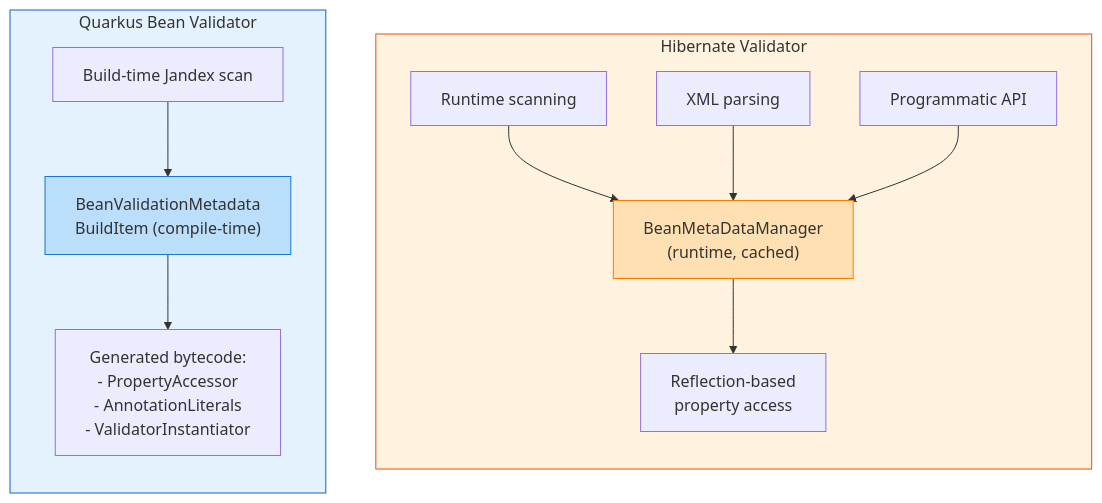
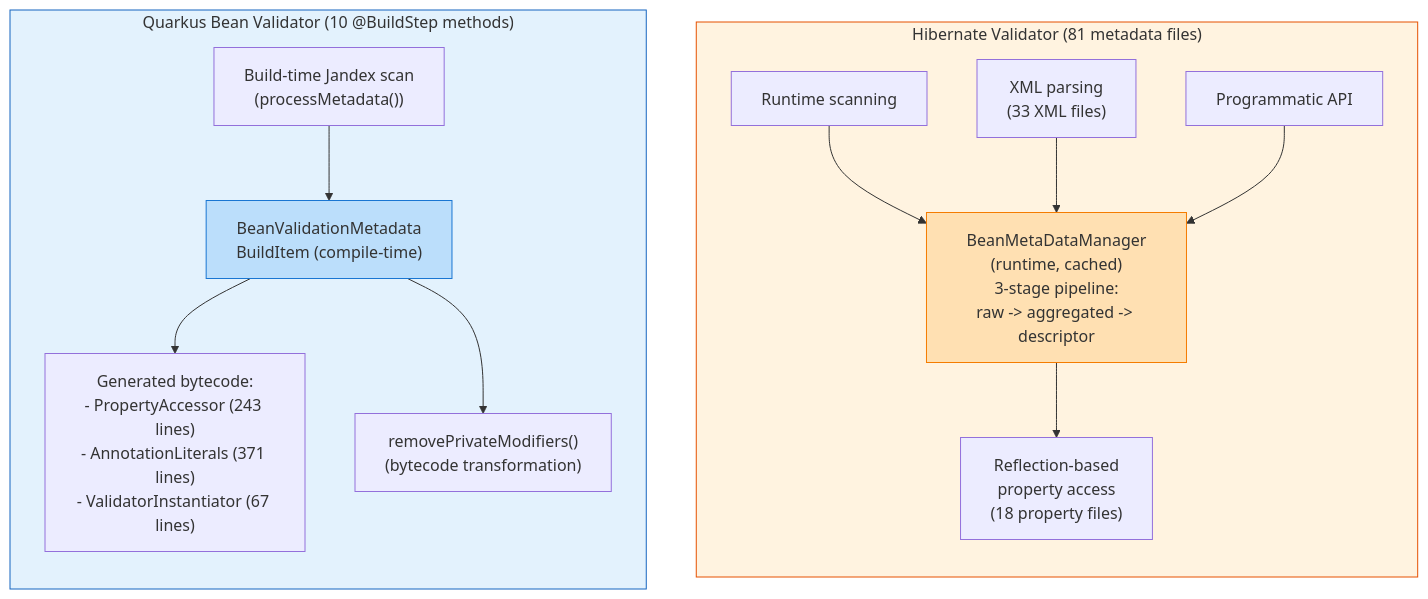
Before and after one commit to jakartaredhat/quarkus-bv: the first of 3 diagrams in extensions/bean-validator/docs/comparison.md, drawn with Mermaid. The commit also changed other lines of this file and 4 other files, not shown here.

````diff
--- a/extensions/bean-validator/docs/comparison.md
+++ b/extensions/bean-validator/docs/comparison.md
@@ -43,21 +47,22 @@
 ```mermaid
 graph TB
-    subgraph HV["Hibernate Validator"]
+    subgraph HV["Hibernate Validator (81 metadata files)"]
         direction TB
-        RS["Runtime scanning"] --> BMM["BeanMetaDataManager<br/>(runtime, cached)"]
-        XP["XML parsing"] --> BMM
+        RS["Runtime scanning"] --> BMM["BeanMetaDataManager<br/>(runtime, cached)<br/>3-stage pipeline:<br/>raw -> aggregated -> descriptor"]
+        XP["XML parsing<br/>(33 XML files)"] --> BMM
         PA["Programmatic API"] --> BMM
-        BMM --> RPA["Reflection-based<br/>property access"]
+        BMM --> RPA["Reflection-based<br/>property access<br/>(18 property files)"]
     end
 
-    subgraph QBV["Quarkus Bean Validator"]
+    subgraph QBV["Quarkus Bean Validator (10 @BuildStep methods)"]
         direction TB
-        JS["Build-time Jandex scan"] --> BVI["BeanValidationMetadata<br/>BuildItem (compile-time)"]
-        BVI --> GEN["Generated bytecode:<br/>- PropertyAccessor<br/>- AnnotationLiterals<br/>- ValidatorInstantiator"]
+        JS["Build-time Jandex scan<br/>(processMetadata())"] --> BVI["BeanValidationMetadata<br/>BuildItem (compile-time)"]
+        BVI --> GEN["Generated bytecode:<br/>- PropertyAccessor (243 lines)<br/>- AnnotationLiterals (371 lines)<br/>- ValidatorInstantiator (67 lines)"]
+        BVI --> RPM["removePrivateModifiers()<br/>(bytecode transformation)"]
     end
 
     style HV fill:#fff3e0,stroke:#E65100
     style QBV fill:#e3f2fd,stroke:#1565C0
     style BMM fill:#ffe0b2,stroke:#F57C00
     style BVI fill:#bbdefb,stroke:#1976D2
 ```
````
